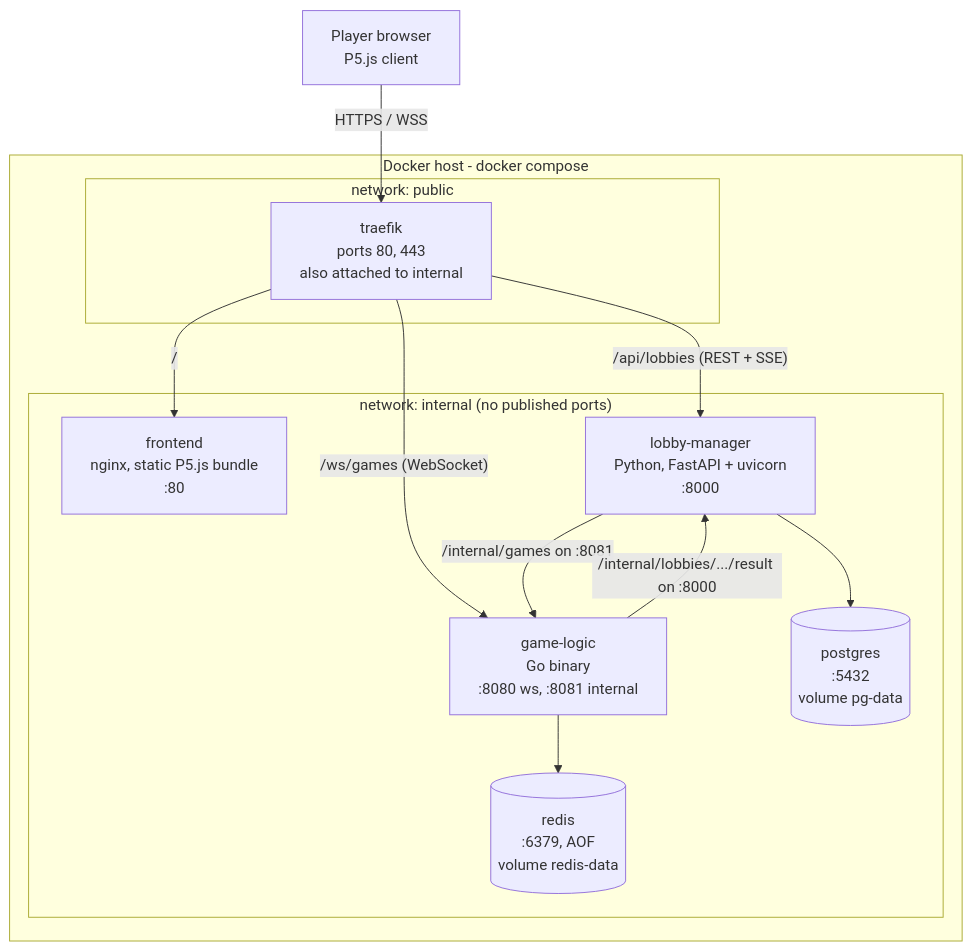
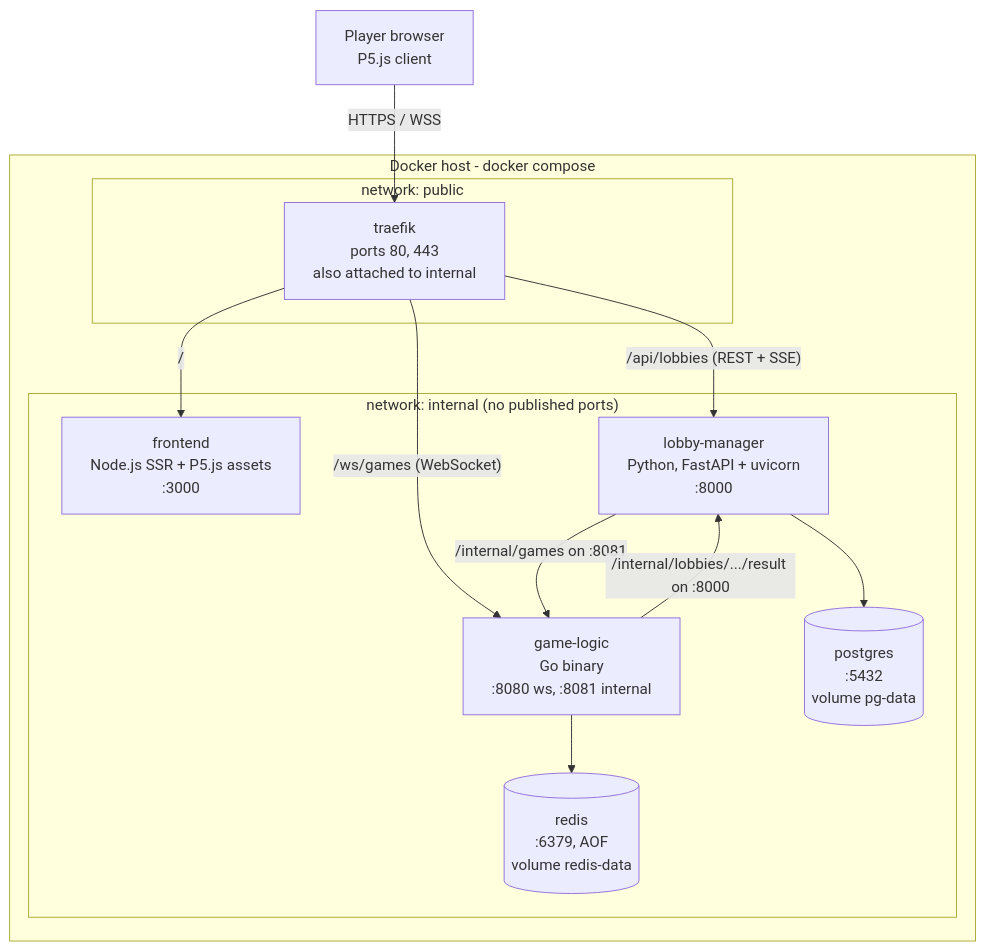
Before and after one commit to soetgdeznsgk/ArchSoft-Group1F: the seventh of 7 diagrams in docs/game-logic-design.md, drawn with Mermaid. The commit also changed other lines of this file and 23 other files, not shown here.

````diff
--- a/docs/game-logic-design.md
+++ b/docs/game-logic-design.md
@@ -911,26 +911,26 @@
 ```mermaid
 flowchart TB
     U["Player browser<br/>P5.js client"]
 
     subgraph HOST["Docker host - docker compose"]
         subgraph PUB["network: public"]
             TR["traefik<br/>ports 80, 443<br/>also attached to internal"]
         end
         subgraph INT["network: internal (no published ports)"]
-            FE["frontend<br/>nginx, static P5.js bundle<br/>:80"]
+            FE["frontend<br/>Node.js SSR + P5.js assets<br/>:3000"]
             LM["lobby-manager<br/>Python, FastAPI + uvicorn<br/>:8000"]
             GL["game-logic<br/>Go binary<br/>:8080 ws, :8081 internal"]
             PG[("postgres<br/>:5432<br/>volume pg-data")]
             RD[("redis<br/>:6379, AOF<br/>volume redis-data")]
         end
     end
 
     U -->|"HTTPS / WSS"| TR
     TR -->|"/"| FE
     TR -->|"/api/lobbies (REST + SSE)"| LM
     TR -->|"/ws/games (WebSocket)"| GL
     LM -->|"/internal/games on :8081"| GL
     GL -->|"/internal/lobbies/.../result on :8000"| LM
     LM --> PG
     GL --> RD
 ```
````
